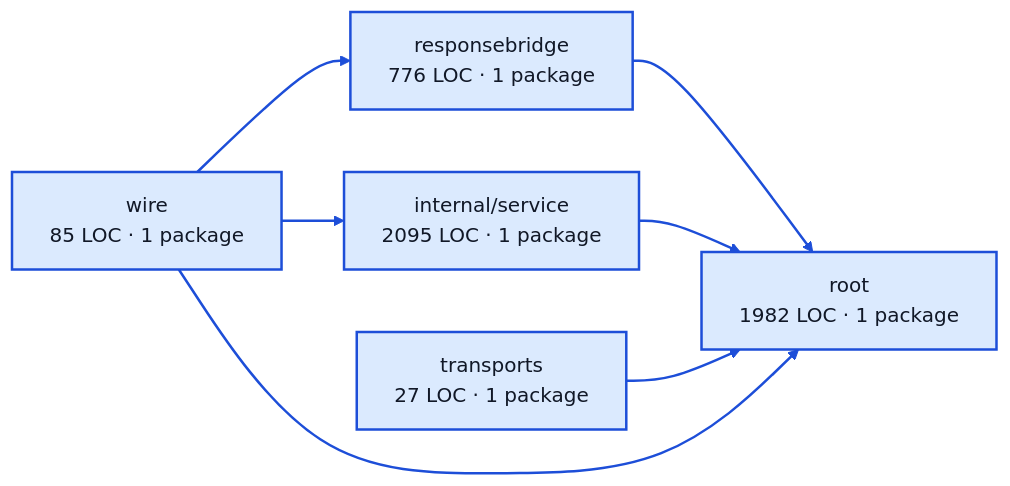
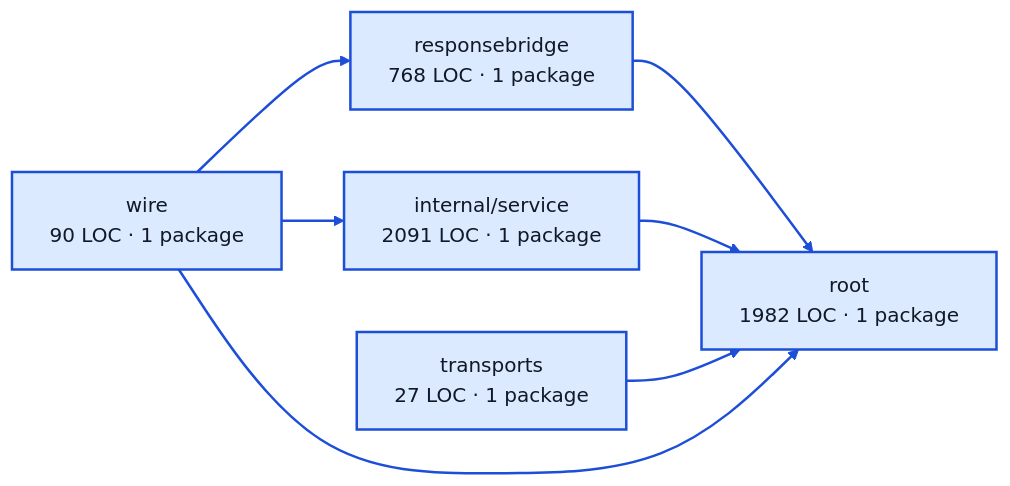
One commit to portpowered/you-agent-factory changed the diagram in docs/architecture/visualizations/services/chat_sessions.md. Above: the diagram before and after it, drawn with Mermaid. The commit also changed other lines of this file and 20 other files, not shown here.

Commit message:
docs: refresh backend architecture visualizations

````diff
--- a/docs/architecture/visualizations/services/chat_sessions.md
+++ b/docs/architecture/visualizations/services/chat_sessions.md
@@ -11,20 +11,20 @@
 ```mermaid
 flowchart LR
-  p0["responsebridge<br/>776 LOC · 1 package"]
-  p1["internal/service<br/>2095 LOC · 1 package"]
+  p0["responsebridge<br/>768 LOC · 1 package"]
+  p1["internal/service<br/>2091 LOC · 1 package"]
   p2["root<br/>1982 LOC · 1 package"]
   p3["transports<br/>27 LOC · 1 package"]
-  p4["wire<br/>85 LOC · 1 package"]
+  p4["wire<br/>90 LOC · 1 package"]
   p0 --> p2
   p1 --> p2
   p3 --> p2
   p4 --> p0
   p4 --> p1
   p4 --> p2
   style p0 fill:#dbeafe,stroke:#1d4ed8,stroke-width:2px,color:#111827
   style p1 fill:#dbeafe,stroke:#1d4ed8,stroke-width:2px,color:#111827
   style p2 fill:#dbeafe,stroke:#1d4ed8,stroke-width:2px,color:#111827
   style p3 fill:#dbeafe,stroke:#1d4ed8,stroke-width:2px,color:#111827
   style p4 fill:#dbeafe,stroke:#1d4ed8,stroke-width:2px,color:#111827
   linkStyle default stroke:#1d4ed8,stroke-width:2px
 ```
````
